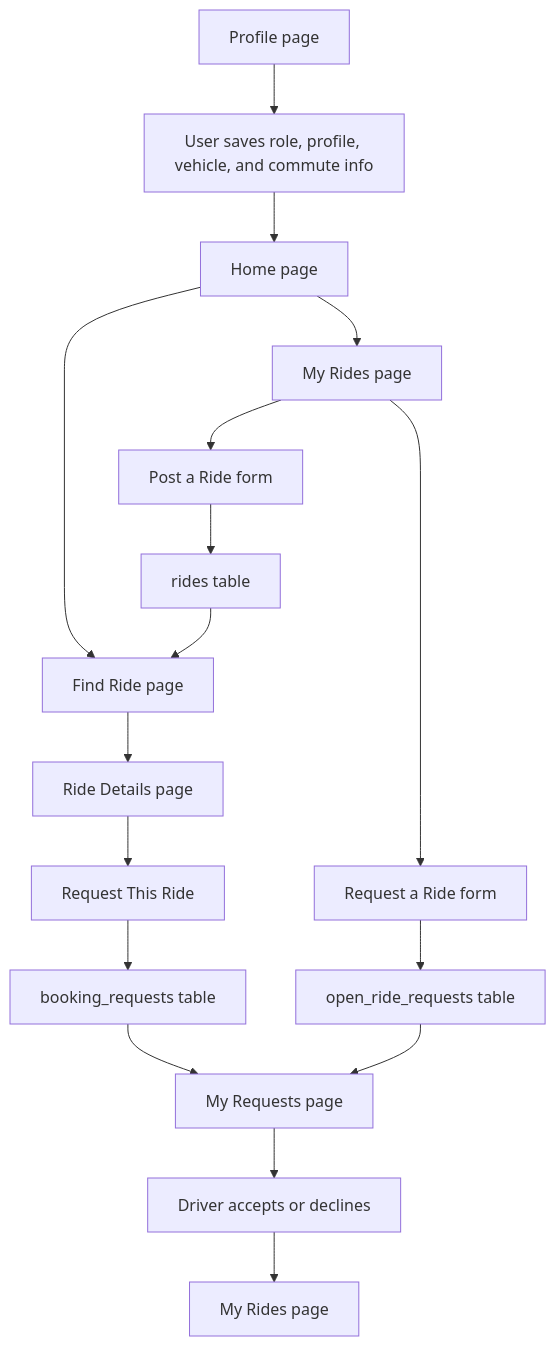
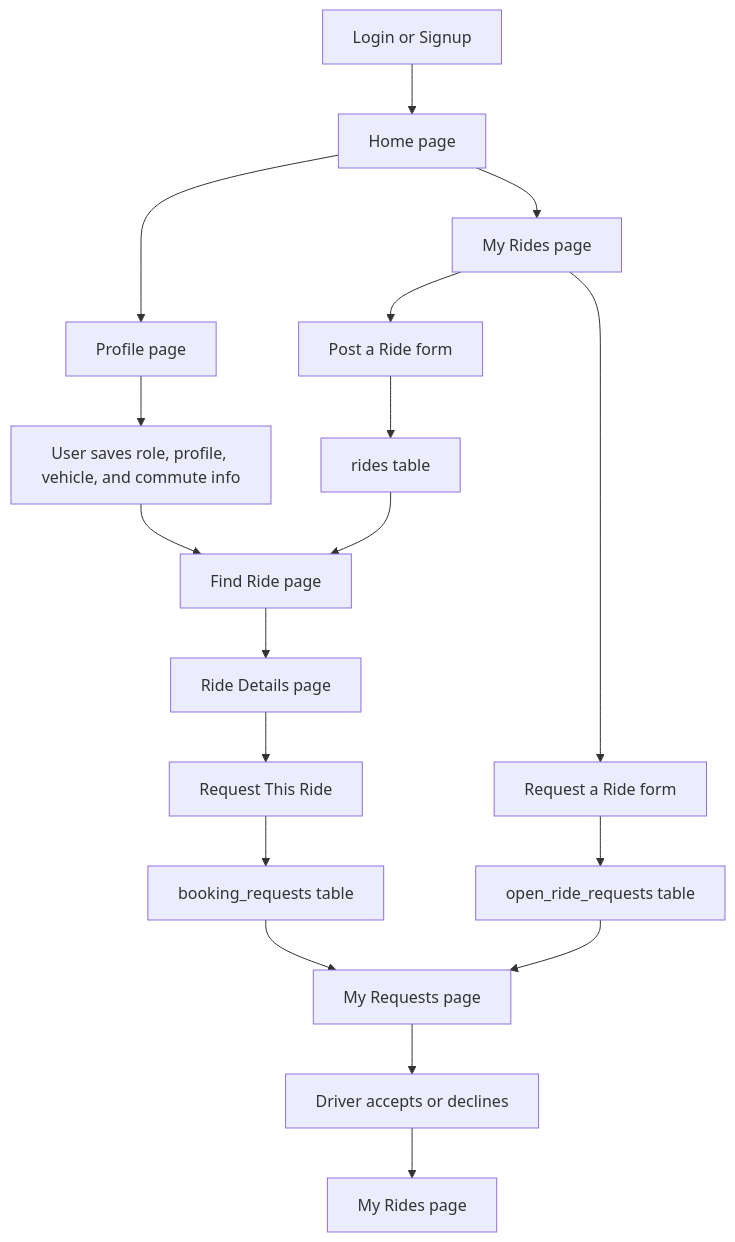
Before and after one commit to Youssefb89/HopIn: the first of 2 diagrams in docs/user-flow.md, drawn with Mermaid. The commit also changed other lines of this file and 10 other files, not shown here.

````diff
--- a/docs/user-flow.md
+++ b/docs/user-flow.md
@@ -31,21 +33,22 @@
 ```mermaid
 flowchart TD
-    A["Profile page"] --> B["User saves role, profile, vehicle, and commute info"]
-    B --> C["Home page"]
-    C --> D["Find Ride page"]
-    D --> E["Ride Details page"]
-    E --> F["Request This Ride"]
-    F --> G["booking_requests table"]
-    G --> H["My Requests page"]
-    H --> I["Driver accepts or declines"]
-    I --> J["My Rides page"]
+    A["Login or Signup"] --> B["Home page"]
+    B --> C["Profile page"]
+    C --> D["User saves role, profile, vehicle, and commute info"]
+    D --> E["Find Ride page"]
+    E --> F["Ride Details page"]
+    F --> G["Request This Ride"]
+    G --> H["booking_requests table"]
+    H --> I["My Requests page"]
+    I --> J["Driver accepts or declines"]
+    J --> K["My Rides page"]
 
-    C --> K["My Rides page"]
-    K --> L["Request a Ride form"]
-    L --> M["open_ride_requests table"]
-    M --> H
+    B --> L["My Rides page"]
+    L --> M["Request a Ride form"]
+    M --> N["open_ride_requests table"]
+    N --> I
 
-    K --> N["Post a Ride form"]
-    N --> O["rides table"]
-    O --> D
+    L --> O["Post a Ride form"]
+    O --> P["rides table"]
+    P --> E
 ```
````
